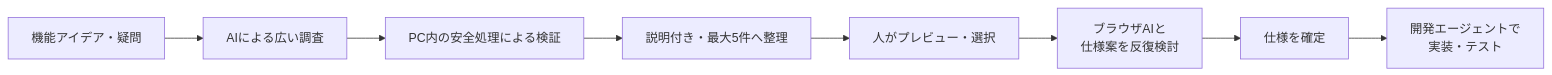
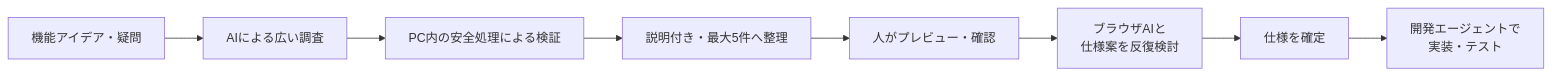
One commit to matsutanishimpei/make-summary changed the sixth of 6 diagrams in docs/product-overview.md. Above: the diagram before and after it, drawn with Mermaid. The commit also changed other lines of this file and 29 other files, not shown here.

````diff
--- a/docs/product-overview.md
+++ b/docs/product-overview.md
@@ -380,10 +380,10 @@
 ```mermaid
 flowchart LR
     Idea["機能アイデア・疑問"] --> Investigate["AIによる広い調査"]
     Investigate --> Verify["PC内の安全処理による検証"]
     Verify --> Package["説明付き・最大5件へ整理"]
-    Package --> Review["人がプレビュー・選択"]
+    Package --> Review["人がプレビュー・確認"]
     Review --> Discuss["ブラウザAIと<br/>仕様案を反復検討"]
     Discuss --> Fixed["仕様を確定"]
     Fixed --> Implement["開発エージェントで<br/>実装・テスト"]
 ```
````
